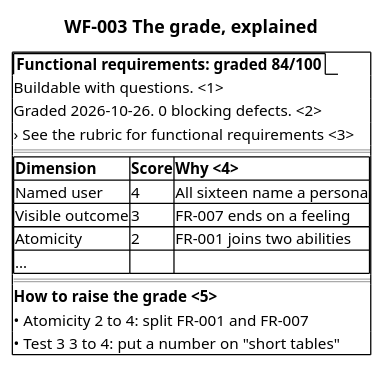
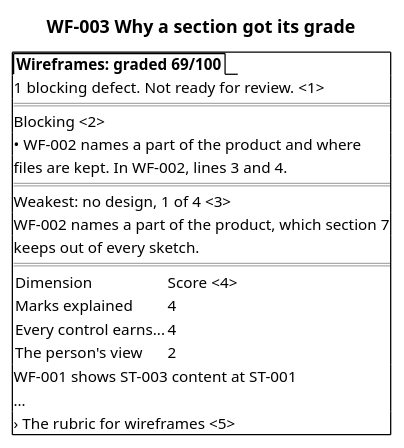
The diagram in docs/prd/prd-forge/diagrams/WF-003.puml (SpillwaveSolutions/prd-forge), drawn with PlantUML before and after one commit. The commit also changed 44 other files, not shown here.

First line of the commit message:
Add navigation and refresh requirements, and fix the wireframes to 91

```diff
--- a/docs/prd/prd-forge/diagrams/WF-003.puml
+++ b/docs/prd/prd-forge/diagrams/WF-003.puml
@@ -1,21 +1,25 @@
 @startsalt
-title WF-003 The grade, explained
+title WF-003 Why a section got its grade
 {+
-  {/ <b>Functional requirements: graded 84/100</b> }
-  Buildable with questions. <1>
-  Graded 2026-10-26. 0 blocking defects. <2>
-  › See the rubric for functional requirements <3>
+  {/ <b>Wireframes: graded 69/100</b> }
+  1 blocking defect. Not ready for review. <1>
   ==
-  {#
-    <b>Dimension | <b>Score | <b>Why <4>
-    Named user | 4 | All sixteen name a persona
-    Visible outcome | 3 | FR-007 ends on a feeling
-    Atomicity | 2 | FR-001 joins two abilities
-    … | . | .
+  Blocking <2>
+  • WF-002 names a part of the product and where
+  files are kept. In WF-002, lines 3 and 4.
+  ==
+  Weakest: no design, 1 of 4 <3>
+  WF-002 names a part of the product, which section 7
+  keeps out of every sketch.
+  ==
+  {
+    Dimension | Score <4>
+    Marks explained | 4
+    Every control earns... | 4
+    The person's view | 2
   }
-  ==
-  <b>How to raise the grade <5>
-  • Atomicity 2 to 4: split FR-001 and FR-007
-  • Test 3 3 to 4: put a number on "short tables"
+  WF-001 shows ST-003 content at ST-001
+  …
+  › The rubric for wireframes <5>
 }
 @endsalt
```
